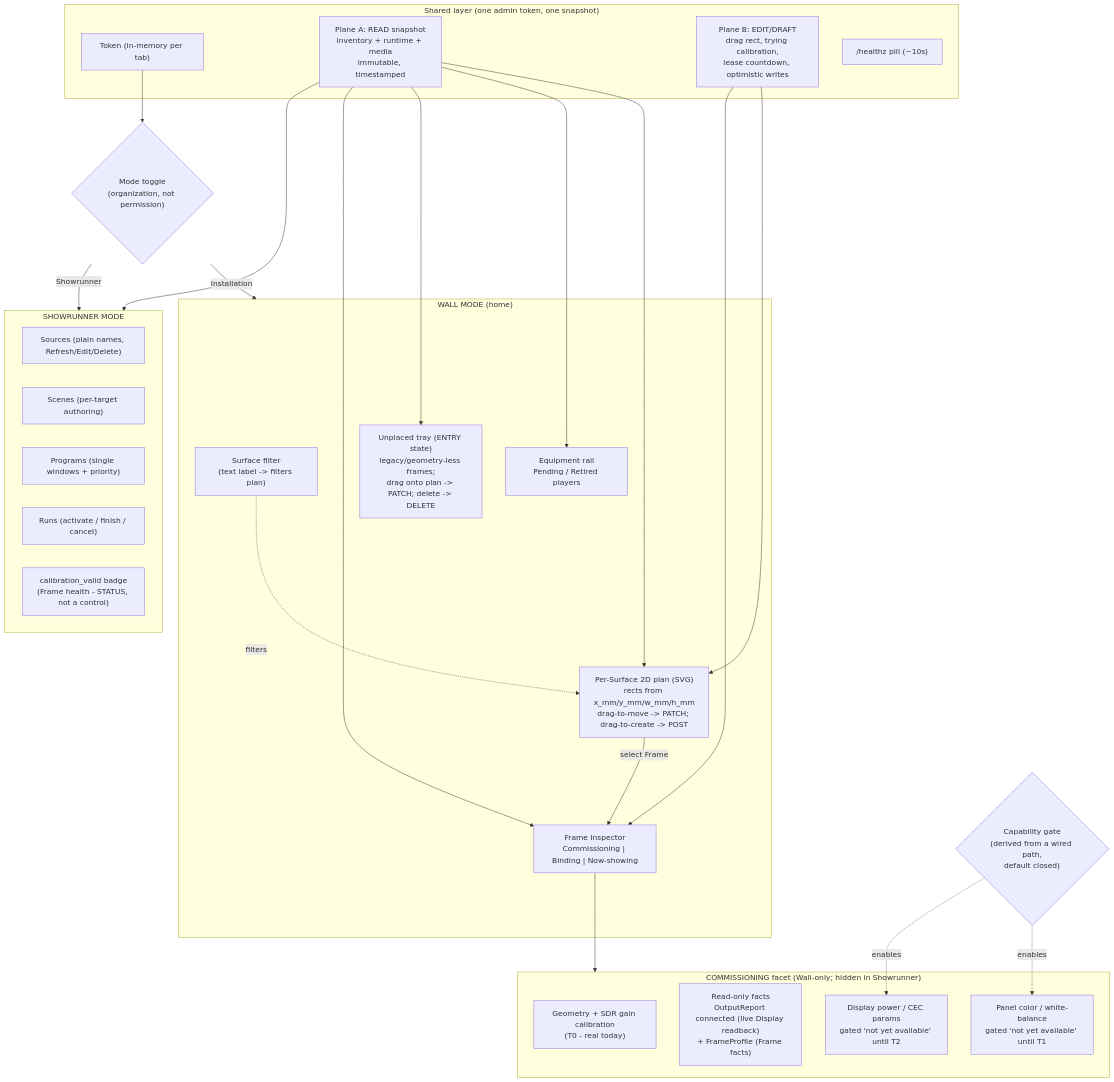
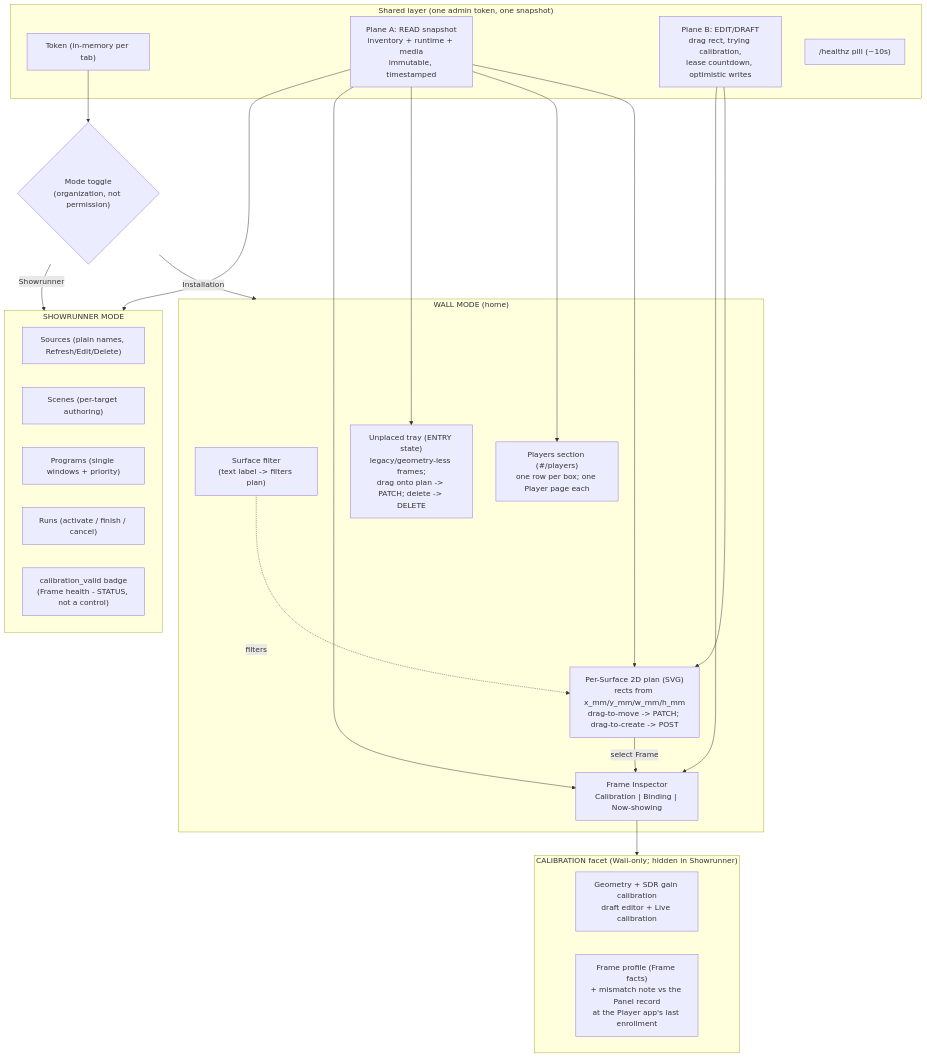
Before and after one commit to mcurcio/photo-wall: the first of 8 diagrams in docs/operator-console-ux-design.md, drawn with Mermaid. The commit also changed other lines of this file and 12 other files, not shown here.

````diff
--- a/docs/operator-console-ux-design.md
+++ b/docs/operator-console-ux-design.md
@@ -130,51 +141,45 @@
 ```mermaid
 graph TD
   subgraph SHARED["Shared layer (one admin token, one snapshot)"]
     TOK["Token (in-memory per tab)"]
     SNAP["Plane A: READ snapshot<br/>inventory + runtime + media<br/>immutable, timestamped"]
     DRAFT["Plane B: EDIT/DRAFT<br/>drag rect, trying calibration,<br/>lease countdown, optimistic writes"]
     HEALTH["/healthz pill (~10s)"]
   end
 
   TOK --> MODE{"Mode toggle<br/>(organization, not permission)"}
 
   subgraph WALL["WALL MODE (home)"]
     SURF["Surface filter<br/>(text label -> filters plan)"]
     PLAN["Per-Surface 2D plan (SVG)<br/>rects from x_mm/y_mm/w_mm/h_mm<br/>drag-to-move -> PATCH; drag-to-create -> POST"]
     TRAY["Unplaced tray (ENTRY state)<br/>legacy/geometry-less frames;<br/>drag onto plan -> PATCH; delete -> DELETE"]
-    RAIL["Equipment rail<br/>Pending / Retired players"]
-    INSP["Frame Inspector<br/>Commissioning | Binding | Now-showing"]
+    RAIL["Players section (#/players)<br/>one row per box; one Player page each"]
+    INSP["Frame Inspector<br/>Calibration | Binding | Now-showing"]
   end
 
-  subgraph COMM["COMMISSIONING facet (Wall-only; hidden in Showrunner)"]
-    GEO["Geometry + SDR gain calibration<br/>(T0 - real today)"]
-    DFACTS["Read-only facts<br/>OutputReport connected (live Display readback)<br/>+ FrameProfile (Frame facts)"]
-    COLOR["Panel color / white-balance<br/>gated 'not yet available' until T1"]
-    POWER["Display power / CEC params<br/>gated 'not yet available' until T2"]
+  subgraph COMM["CALIBRATION facet (Wall-only; hidden in Showrunner)"]
+    GEO["Geometry + SDR gain calibration<br/>draft editor + Live calibration"]
+    DFACTS["Frame profile (Frame facts)<br/>+ mismatch note vs the Panel record<br/>at the Player app's last enrollment"]
   end
 
   subgraph SHOW["SHOWRUNNER MODE"]
     SRC["Sources (plain names, Refresh/Edit/Delete)"]
     SCN["Scenes (per-target authoring)"]
     PRG["Programs (single windows + priority)"]
     RUN["Runs (activate / finish / cancel)"]
     BADGE["calibration_valid badge<br/>(Frame health - STATUS, not a control)"]
   end
-
-  CAP{"Capability gate<br/>(derived from a wired path,<br/>default closed)"}
 
   MODE -->|Installation| WALL
   MODE -->|Showrunner| SHOW
   SNAP --> PLAN
   SNAP --> RAIL
   SNAP --> TRAY
   SNAP --> INSP
   SNAP --> SHOW
   DRAFT --> PLAN
   DRAFT --> INSP
   PLAN -->|select Frame| INSP
   INSP --> COMM
   SURF -.filters.-> PLAN
-  CAP -.enables.-> COLOR
-  CAP -.enables.-> POWER
 ```
````
